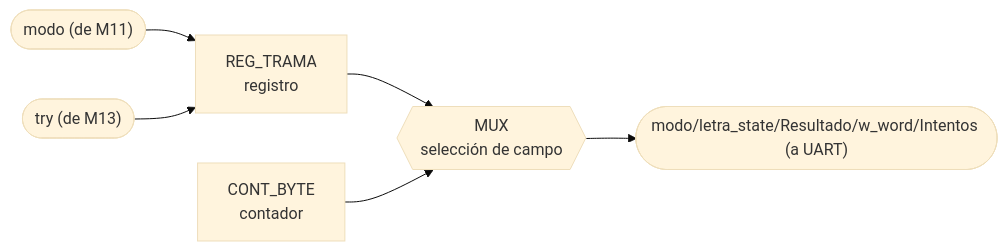
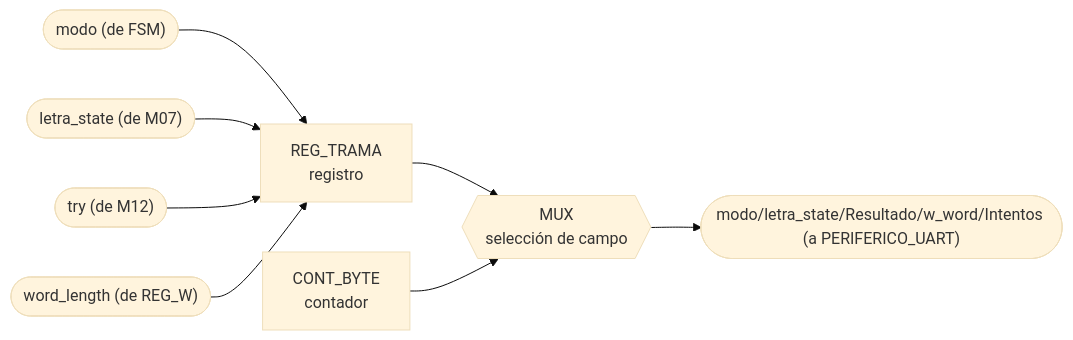
Before and after one commit to Taller-de-diseno-digital-GR01/Proyecto-2-Ahorcado: diagram 12 of 13 in docs/diseño/diagramas/nivel03.md, drawn with Mermaid (base theme). The commit also changed other lines of this file and 1 other file, not shown here.

````diff
--- a/docs/diseño/diagramas/nivel03.md
+++ b/docs/diseño/diagramas/nivel03.md
@@ -453,8 +457,10 @@
 ```mermaid
 flowchart LR
-    IN_MODO(["modo (de M11)"]) --> REG_FRAME["REG_TRAMA<br/>registro"]
-    IN_TRY(["try (de M13)"]) --> REG_FRAME
+    IN_MODO(["modo (de FSM)"]) --> REG_FRAME["REG_TRAMA<br/>registro"]
+    IN_STATE(["letra_state (de M07)"]) --> REG_FRAME
+    IN_TRY(["try (de M12)"]) --> REG_FRAME
+    IN_LEN(["word_length (de REG_W)"]) --> REG_FRAME
     REG_FRAME --> MUX1{{"MUX<br/>selección de campo"}}
     CNT_BYTE["CONT_BYTE<br/>contador"] --> MUX1
-    MUX1 --> OUT_UART(["modo/letra_state/Resultado/w_word/Intentos (a UART)"])
+    MUX1 --> OUT_UART(["modo/letra_state/Resultado/w_word/Intentos (a PERIFERICO_UART)"])
 ```
````
